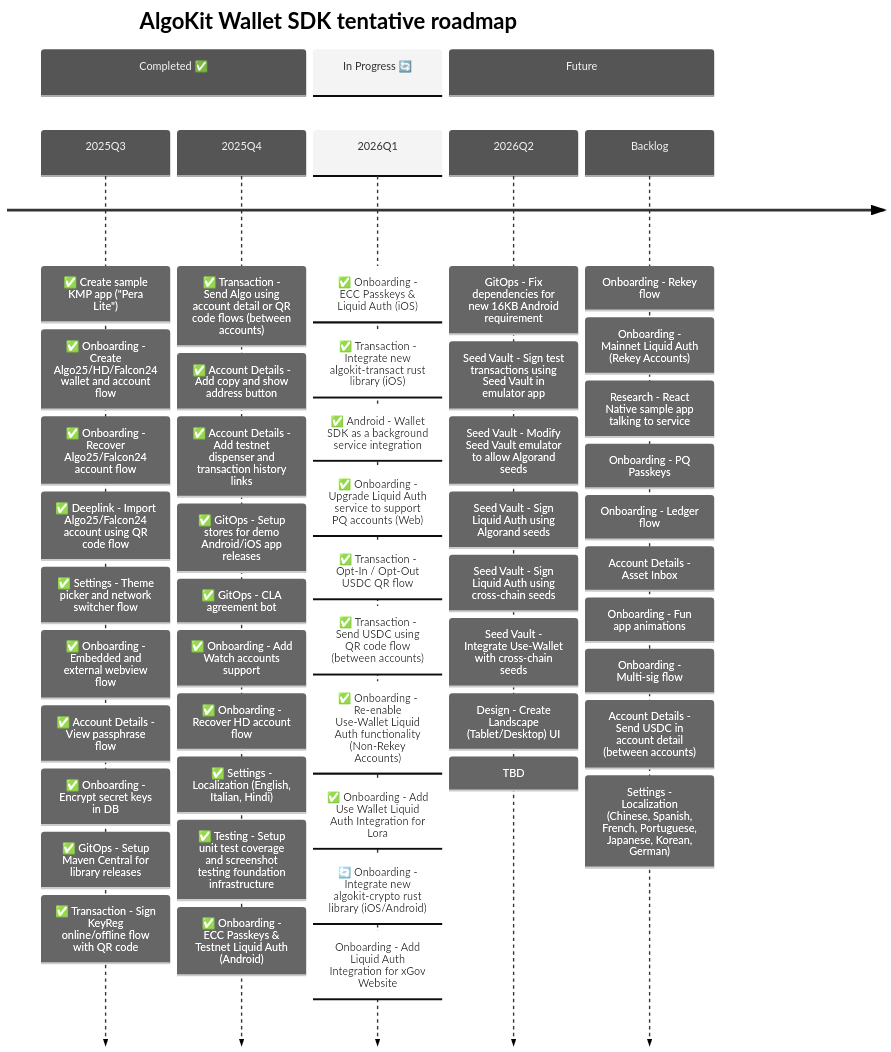
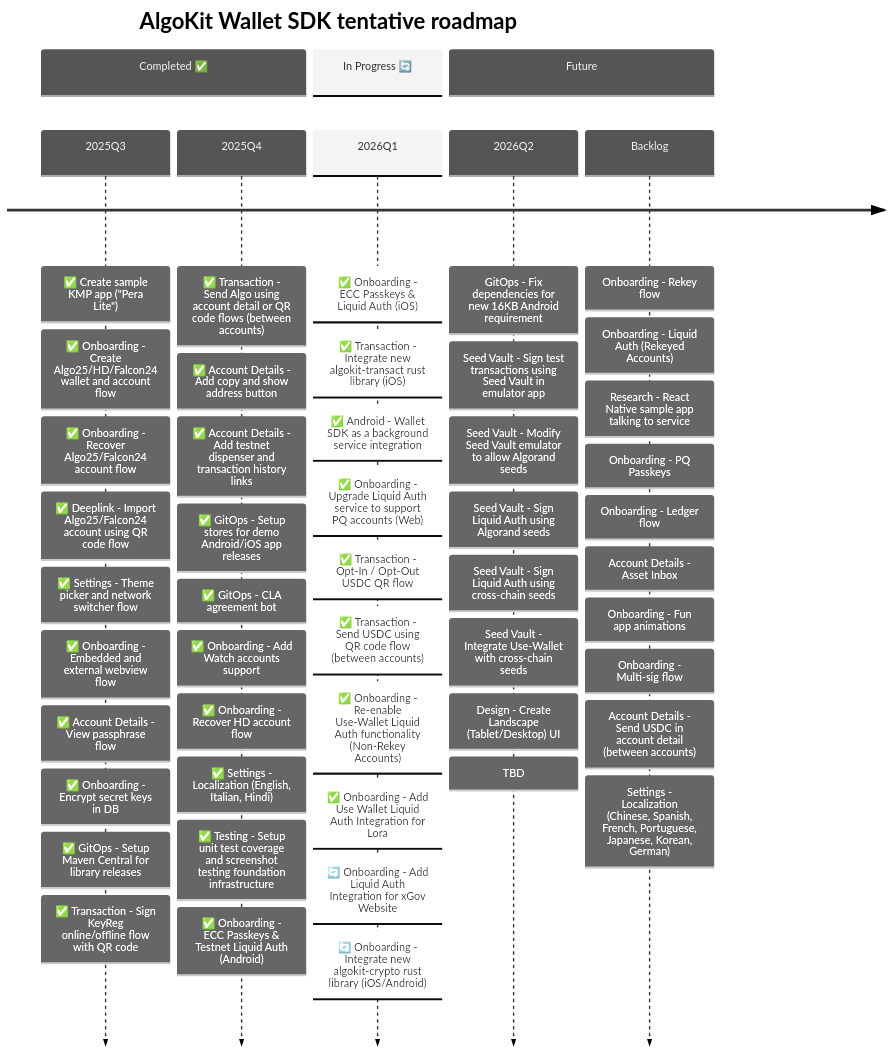
The second of 3 diagrams in README.md (michaeltchuangllc/algokit-walletsdk-kmp), drawn with Mermaid before and after one commit. The commit also changed other lines of this file and 5 other files, not shown here.

Commit message:
feat: allow liquid on mainnet

````diff
--- a/README.md
+++ b/README.md
@@ -69,64 +69,64 @@
 ```mermaid
 ---
 config:
   theme: 'neutral'
 ---
 timeline
     title AlgoKit Wallet SDK tentative roadmap
 
     section Completed ✅
     2025Q3  : ✅ Create sample KMP app ("Pera Lite")
             : ✅ Onboarding - Create Algo25/HD/Falcon24 wallet and account flow
             : ✅ Onboarding - Recover Algo25/Falcon24 account flow
             : ✅ Deeplink - Import Algo25/Falcon24 account using QR code flow
             : ✅ Settings - Theme picker and network switcher flow
             : ✅ Onboarding - Embedded and external webview flow
             : ✅ Account Details - View passphrase flow
             : ✅ Onboarding - Encrypt secret keys in DB
             : ✅ GitOps - Setup Maven Central for library releases
             : ✅ Transaction - Sign KeyReg online/offline flow with QR code
 
     2025Q4  : ✅ Transaction - Send Algo using account detail or QR code flows (between accounts)
             : ✅ Account Details - Add copy and show address button
             : ✅ Account Details - Add testnet dispenser and transaction history links
             : ✅ GitOps - Setup stores for demo Android/iOS app releases
             : ✅ GitOps - CLA agreement bot
             : ✅ Onboarding - Add Watch accounts support
             : ✅ Onboarding - Recover HD account flow
             : ✅ Settings - Localization (English, Italian, Hindi)
             : ✅ Testing - Setup unit test coverage and screenshot testing foundation infrastructure
             : ✅ Onboarding - ECC Passkeys & Testnet Liquid Auth (Android)
 
     section In Progress 🔄
     2026Q1  : ✅ Onboarding - ECC Passkeys & Liquid Auth (iOS)
             : ✅ Transaction - Integrate new algokit-transact rust library (iOS)
             : ✅ Android - Wallet SDK as a background service integration
             : ✅ Onboarding - Upgrade Liquid Auth service to support PQ accounts (Web)
             : ✅ Transaction - Opt-In / Opt-Out USDC QR flow
             : ✅ Transaction - Send USDC using QR code flow (between accounts)
             : ✅ Onboarding - Re-enable Use-Wallet Liquid Auth functionality (Non-Rekey Accounts)
             : ✅ Onboarding - Add Use Wallet Liquid Auth Integration for Lora
+            : 🔄 Onboarding - Add Liquid Auth Integration for xGov Website
             : 🔄 Onboarding - Integrate new algokit-crypto rust library (iOS/Android)
-            : Onboarding - Add Liquid Auth Integration for xGov Website
 
     section Future
     2026Q2  : GitOps - Fix dependencies for new 16KB Android requirement
             : Seed Vault - Sign test transactions using Seed Vault in emulator app
             : Seed Vault - Modify Seed Vault emulator to allow Algorand seeds
             : Seed Vault - Sign Liquid Auth using Algorand seeds
             : Seed Vault - Sign Liquid Auth using cross-chain seeds
             : Seed Vault - Integrate Use-Wallet with cross-chain seeds
             : Design - Create Landscape (Tablet/Desktop) UI
             : TBD
     Backlog
             : Onboarding - Rekey flow
-            : Onboarding - Mainnet Liquid Auth (Rekey Accounts)
+            : Onboarding - Liquid Auth (Rekeyed Accounts)
             : Research - React Native sample app talking to service
             : Onboarding - PQ Passkeys
             : Onboarding - Ledger flow
             : Account Details - Asset Inbox
             : Onboarding - Fun app animations
             : Onboarding - Multi-sig flow
             : Account Details - Send USDC in account detail (between accounts)
             : Settings - Localization (Chinese, Spanish, French, Portuguese, Japanese, Korean, German)
 ```
````
